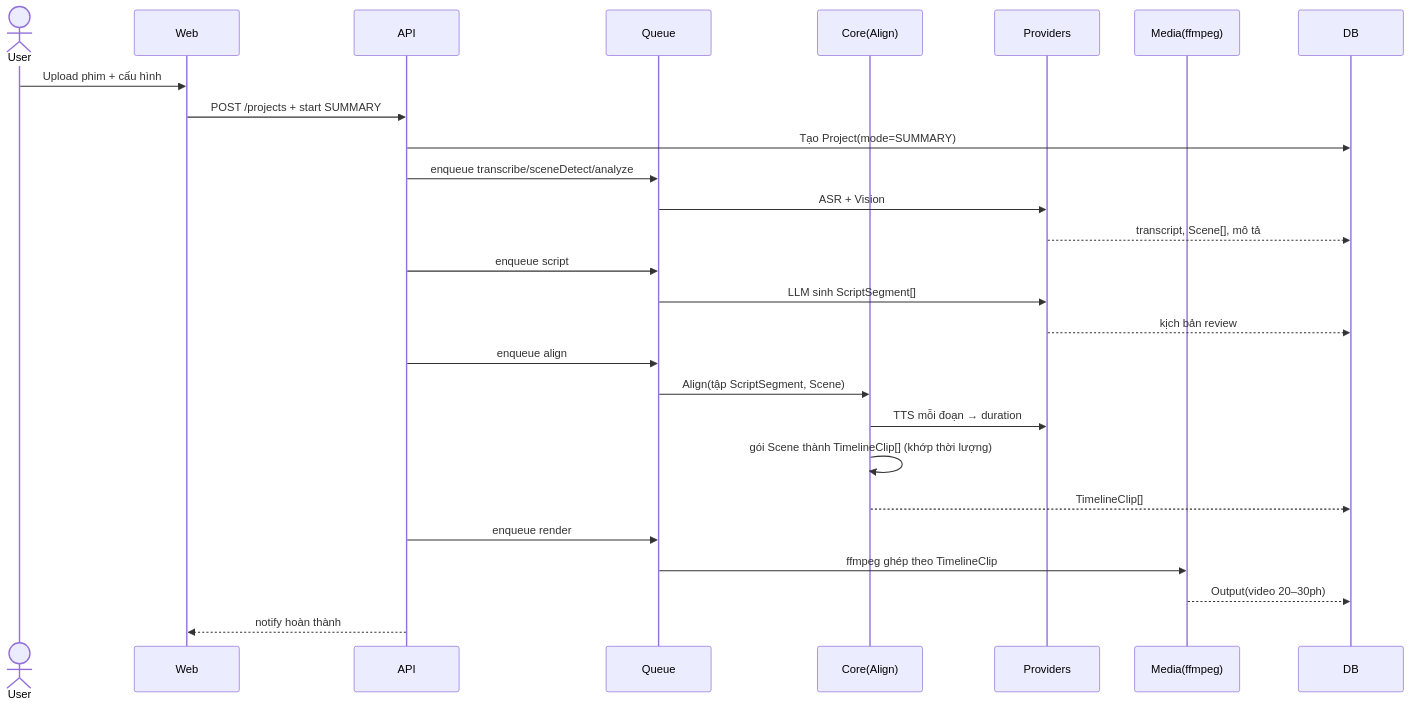
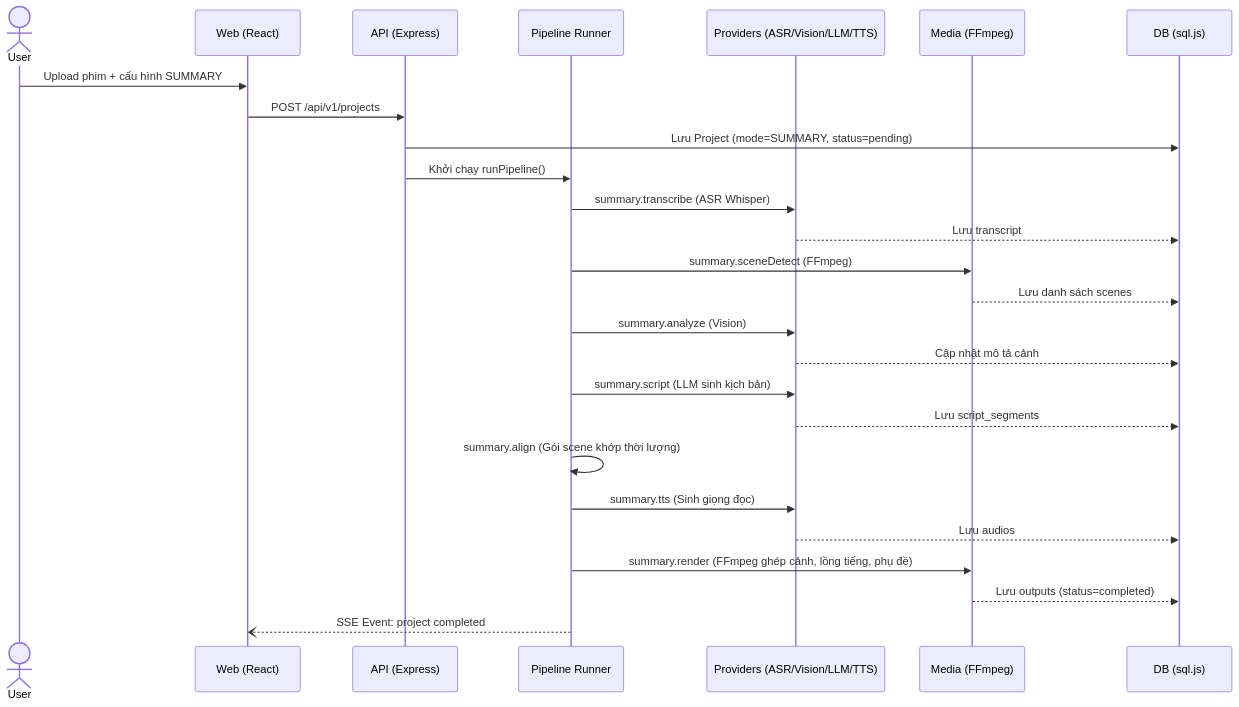
One commit to Trungtran1945/Video-AI changed the first of 3 diagrams in Video_AI_docs/docs/01_KIEN_TRUC_TONG_THE.md. Above: the diagram before and after it, drawn with Mermaid. The commit also changed other lines of this file and 68 other files, not shown here.

````diff
--- a/Video_AI_docs/docs/01_KIEN_TRUC_TONG_THE.md
+++ b/Video_AI_docs/docs/01_KIEN_TRUC_TONG_THE.md
@@ -238,30 +210,29 @@
 ```mermaid
 sequenceDiagram
   actor U as User
-  participant W as Web
-  participant A as API
-  participant Q as Queue
-  participant C as Core(Align)
-  participant P as Providers
-  participant M as Media(ffmpeg)
-  participant D as DB
+  participant W as Web (React)
+  participant A as API (Express)
+  participant R as Pipeline Runner
+  participant P as Providers (ASR/Vision/LLM/TTS)
+  participant M as Media (FFmpeg)
+  participant D as DB (sql.js)
 
-  U->>W: Upload phim + cấu hình
-  W->>A: POST /projects + start SUMMARY
-  A->>D: Tạo Project(mode=SUMMARY)
-  A->>Q: enqueue transcribe/sceneDetect/analyze
-  Q->>P: ASR + Vision
-  P-->>D: transcript, Scene[], mô tả
-  A->>Q: enqueue script
-  Q->>P: LLM sinh ScriptSegment[]
-  P-->>D: kịch bản review
-  A->>Q: enqueue align
-  Q->>C: Align(tập ScriptSegment, Scene)
-  C->>P: TTS mỗi đoạn → duration
-  C->>C: gói Scene thành TimelineClip[] (khớp thời lượng)
-  C-->>D: TimelineClip[]
-  A->>Q: enqueue render
-  Q->>M: ffmpeg ghép theo TimelineClip
-  M-->>D: Output(video 20–30ph)
-  A-->>W: notify hoàn thành
+  U->>W: Upload phim + cấu hình SUMMARY
+  W->>A: POST /api/v1/projects
+  A->>D: Lưu Project (mode=SUMMARY, status=pending)
+  A->>R: Khởi chạy runPipeline()
+  R->>P: summary.transcribe (ASR Whisper)
+  P-->>D: Lưu transcript
+  R->>M: summary.sceneDetect (FFmpeg)
+  M-->>D: Lưu danh sách scenes
+  R->>P: summary.analyze (Vision)
+  P-->>D: Cập nhật mô tả cảnh
+  R->>P: summary.script (LLM sinh kịch bản)
+  P-->>D: Lưu script_segments
+  R->>R: summary.align (Gói scene khớp thời lượng)
+  R->>P: summary.tts (Sinh giọng đọc)
+  P-->>D: Lưu audios
+  R->>M: summary.render (FFmpeg ghép cảnh, lồng tiếng, phụ đề)
+  M-->>D: Lưu outputs (status=completed)
+  R--)W: SSE Event: project completed
 ```
````
